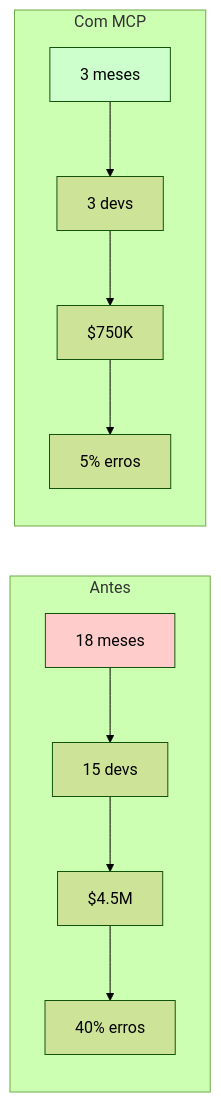
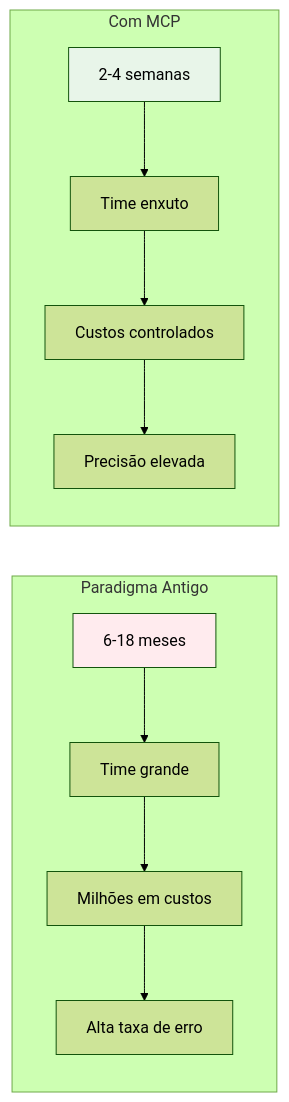
Before and after one commit to felipepimentel/my-public-notes: the seventh of 17 diagrams in AI/Comunicação/MCP/00-mcp-presentation-zero to hero.md, drawn with Mermaid (forest theme). The commit also changed other lines of this file, not shown here.

````diff
--- a/AI/Comunicação/MCP/00-mcp-presentation-zero to hero.md
+++ b/AI/Comunicação/MCP/00-mcp-presentation-zero to hero.md
@@ -165,17 +165,17 @@
 ```mermaid
 graph LR
-    subgraph "Antes"
-        B1[18 meses] --> B2[15 devs]
-        B2 --> B3[$4.5M]
-        B3 --> B4[40% erros]
+    subgraph "Paradigma Antigo"
+        OLD1[6-18 meses] --> OLD2[Time grande]
+        OLD2 --> OLD3[Milhões em custos]
+        OLD3 --> OLD4[Alta taxa de erro]
     end
     
     subgraph "Com MCP"
-        A1[3 meses] --> A2[3 devs]
-        A2 --> A3[$750K]
-        A3 --> A4[5% erros]
+        NEW1[2-4 semanas] --> NEW2[Time enxuto]
+        NEW2 --> NEW3[Custos controlados]
+        NEW3 --> NEW4[Precisão elevada]
     end
     
-    style B1 fill:#ffcccc
-    style A1 fill:#ccffcc
+    style OLD1 fill:#ffebee
+    style NEW1 fill:#e8f5e9
 ```
````
